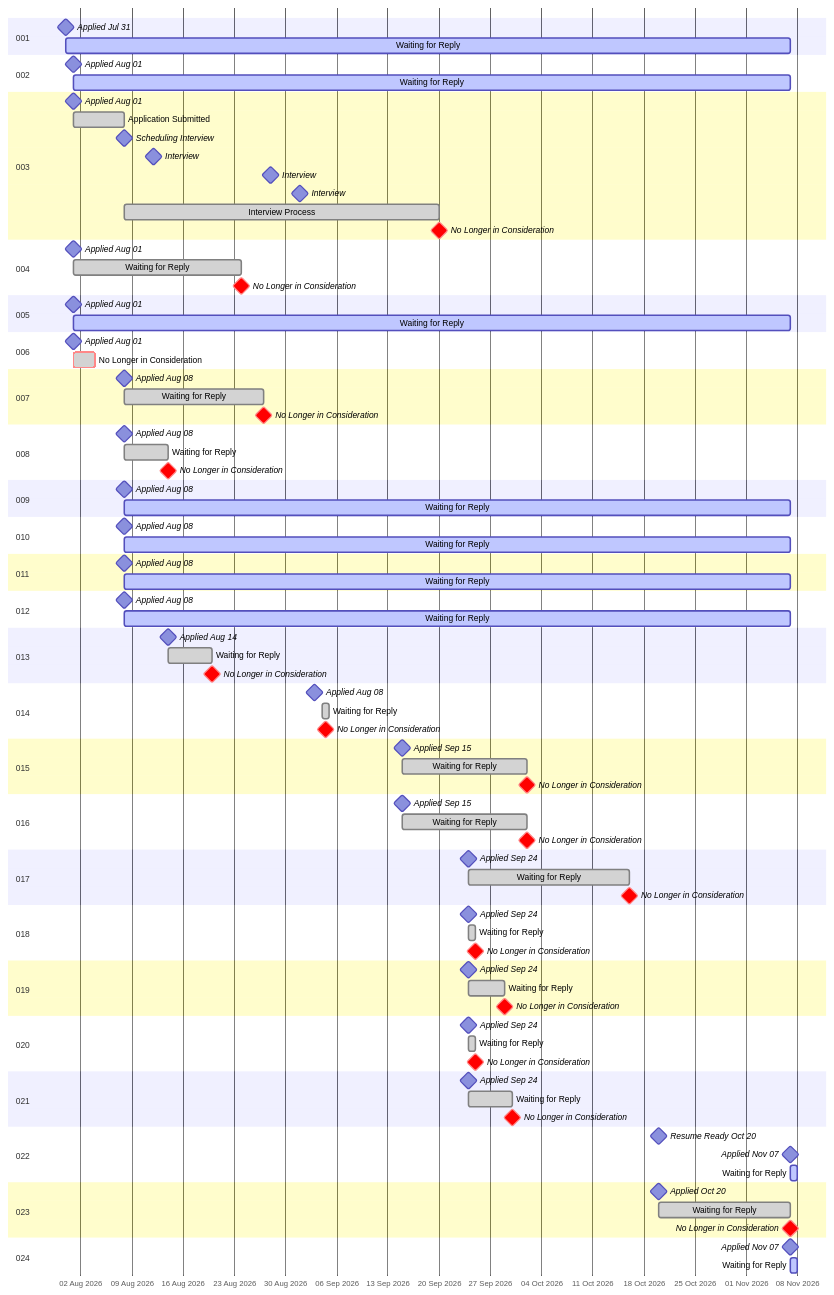
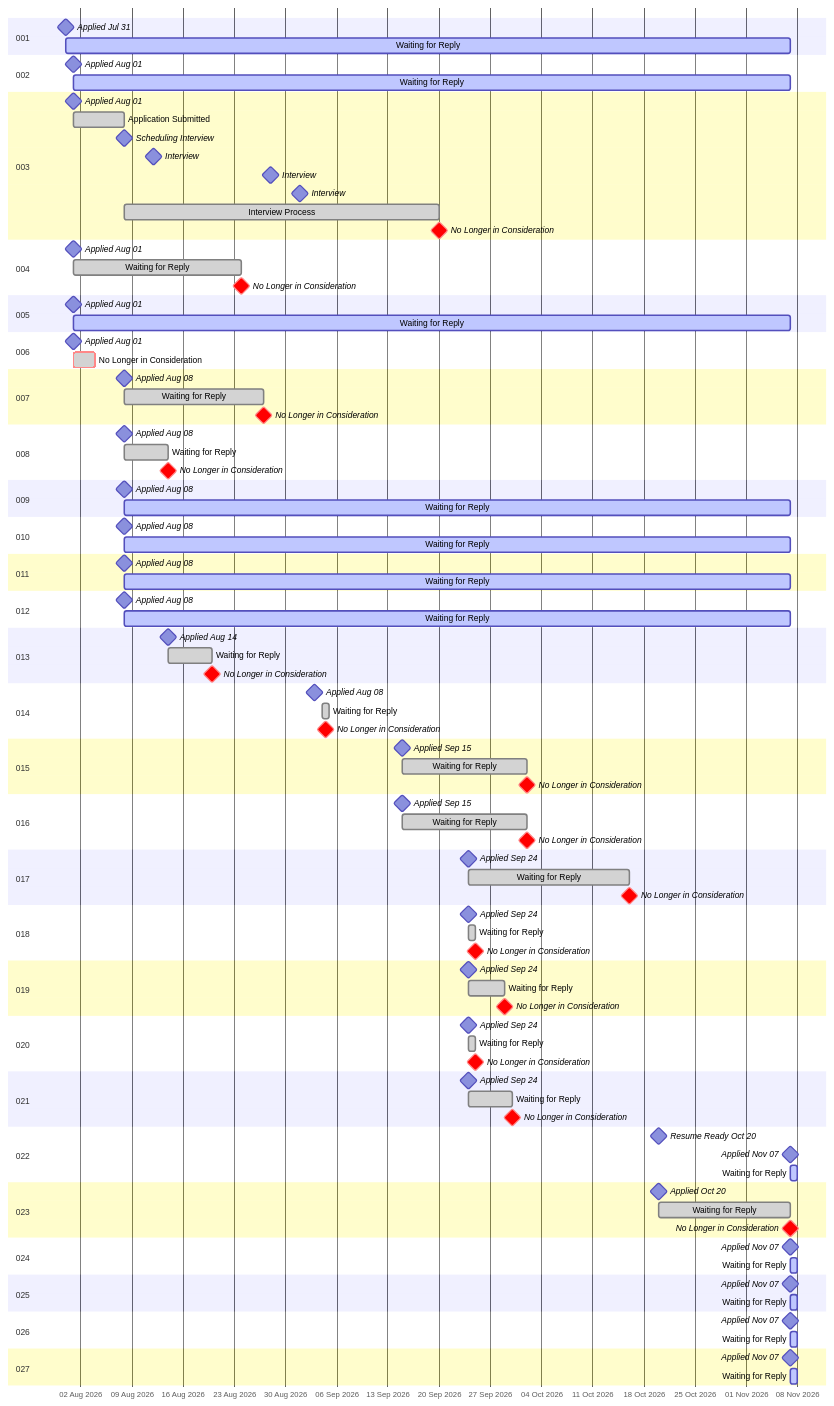
The diagram in README.md (RileyBeenders/rileybeenders.com), drawn with Mermaid before and after one commit. The commit also changed other lines of this file and 20 other files, not shown here.

````diff
--- a/README.md
+++ b/README.md
@@ -129,4 +129,16 @@
     section 024
     Applied Nov 07                  :milestone, 2026-11-07, 0d
     Waiting for Reply               :active, 2026-11-07, 1d
+
+    section 025
+    Applied Nov 07                  :milestone, 2026-11-07, 0d
+    Waiting for Reply               :active, 2026-11-07, 1d
+
+    section 026
+    Applied Nov 07                  :milestone, 2026-11-07, 0d
+    Waiting for Reply               :active, 2026-11-07, 1d
+
+    section 027
+    Applied Nov 07                  :milestone, 2026-11-07, 0d
+    Waiting for Reply               :active, 2026-11-07, 1d
 ```
````
